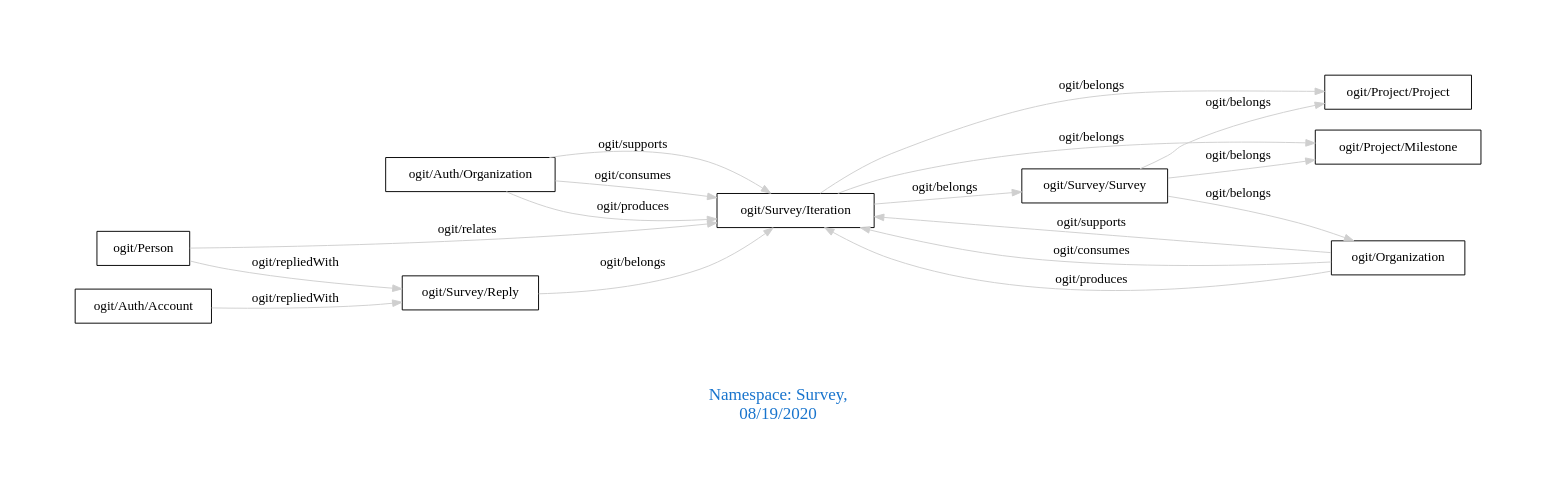
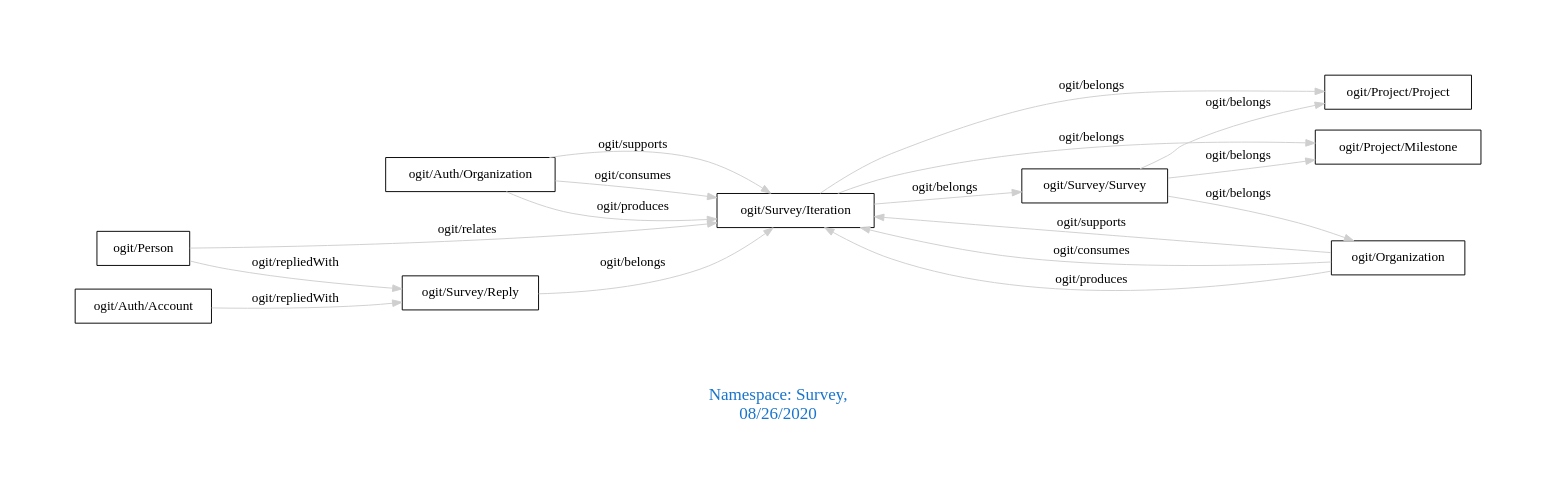
Before and after one commit to arago/OGIT: the diagram in downloads/Survey.dot, drawn with Graphviz. The commit also changed 1814 other files, not shown here.

```diff
--- a/downloads/Survey.dot
+++ b/downloads/Survey.dot
@@ -1,24 +1,24 @@
 digraph OGIT_ontology {
  graph [ rankdir= LR,pad=1 
 fontsize = 18,
-fontcolor= dodgerblue3,label = "\n\n\nNamespace: Survey, \n 08/19/2020"];
+fontcolor= dodgerblue3,label = "\n\n\nNamespace: Survey, \n 08/26/2020"];
 node[shape=polygon];
 edge [  color="gray81"];
 
    "ogit/Auth/Organization" -> "ogit/Survey/Iteration" [label="   ogit/supports    "];
    "ogit/Organization" -> "ogit/Survey/Iteration" [label="   ogit/supports    "];
    "ogit/Auth/Organization" -> "ogit/Survey/Iteration" [label="   ogit/consumes    "];
    "ogit/Organization" -> "ogit/Survey/Iteration" [label="   ogit/consumes    "];
    "ogit/Auth/Organization" -> "ogit/Survey/Iteration" [label="   ogit/produces    "];
    "ogit/Organization" -> "ogit/Survey/Iteration" [label="   ogit/produces    "];
    "ogit/Survey/Iteration" -> "ogit/Project/Milestone" [label="   ogit/belongs    "];
    "ogit/Survey/Iteration" -> "ogit/Project/Project" [label="   ogit/belongs    "];
    "ogit/Survey/Iteration" -> "ogit/Survey/Survey" [label="   ogit/belongs    "];
    "ogit/Survey/Reply" -> "ogit/Survey/Iteration" [label="   ogit/belongs    "];
    "ogit/Survey/Survey" -> "ogit/Organization" [label="   ogit/belongs    "];
    "ogit/Survey/Survey" -> "ogit/Project/Milestone" [label="   ogit/belongs    "];
    "ogit/Survey/Survey" -> "ogit/Project/Project" [label="   ogit/belongs    "];
    "ogit/Auth/Account" -> "ogit/Survey/Reply" [label="   ogit/repliedWith    "];
    "ogit/Person" -> "ogit/Survey/Reply" [label="   ogit/repliedWith    "];
    "ogit/Person" -> "ogit/Survey/Iteration" [label="   ogit/relates    "];
 }
```
